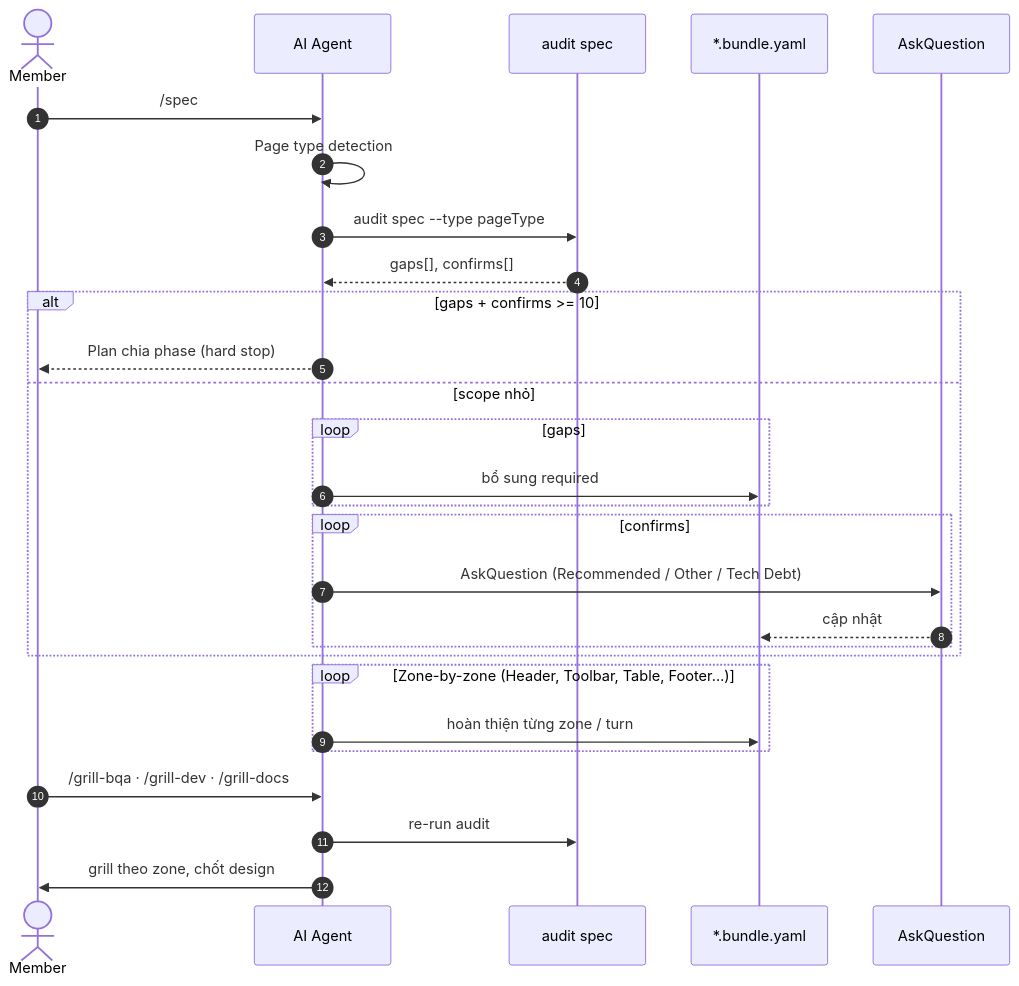
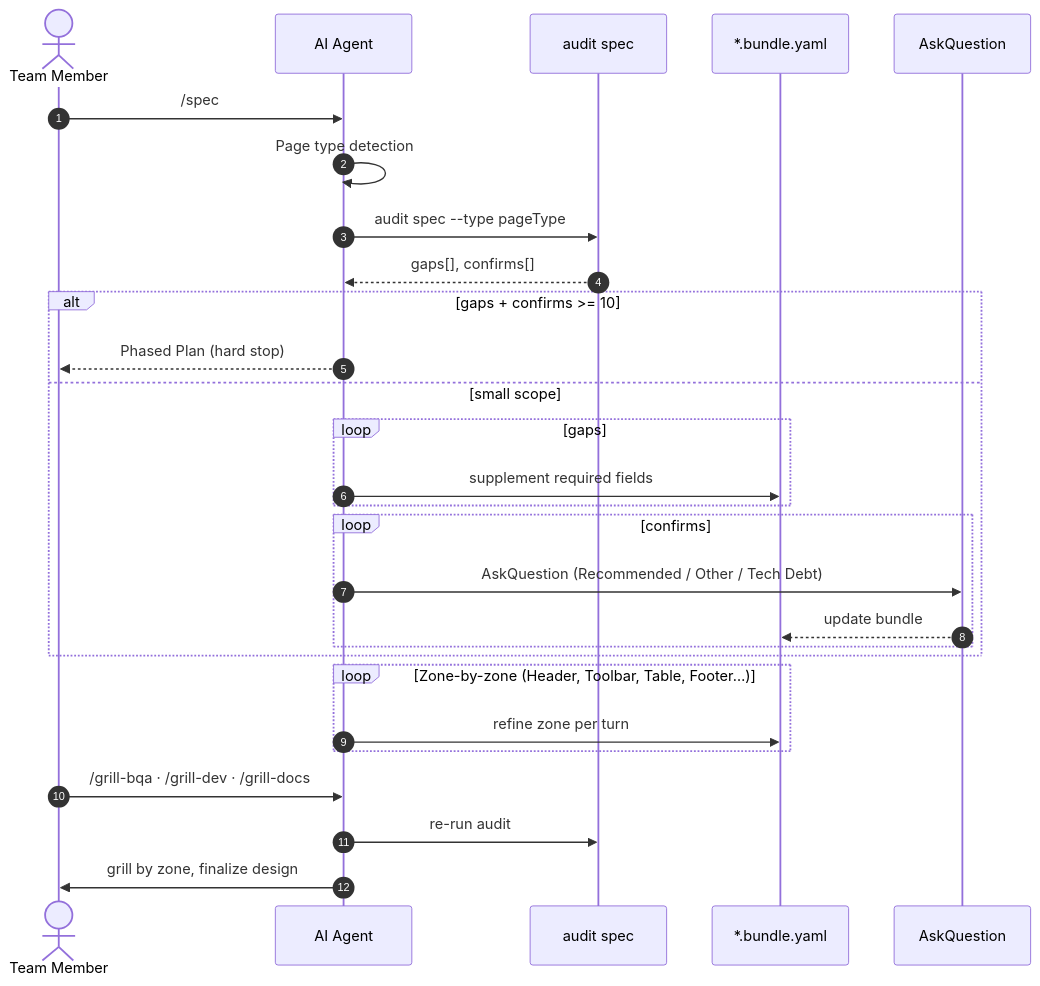
One commit to ShanYuCoder/flowgrid-docs changed the first of 3 diagrams in workflows/grill-and-human-review.md. Above: the diagram before and after it, drawn with Mermaid. The commit also changed other lines of this file and 348 other files, not shown here.

````diff
--- a/workflows/grill-and-human-review.md
+++ b/workflows/grill-and-human-review.md
@@ -70,34 +70,34 @@
 ```mermaid
 sequenceDiagram
     autonumber
-    actor Member as Member
+    actor Member as Team Member
     participant Agent as AI Agent
     participant Script as audit spec
     participant Bundle as *.bundle.yaml
     participant Wizard as AskQuestion
 
     Member->>Agent: /spec
     Agent->>Agent: Page type detection
     Agent->>Script: audit spec --type pageType
     Script-->>Agent: gaps[], confirms[]
 
     alt gaps + confirms >= 10
-        Agent-->>Member: Plan chia phase (hard stop)
-    else scope nhỏ
+        Agent-->>Member: Phased Plan (hard stop)
+    else small scope
         loop gaps
-            Agent->>Bundle: bổ sung required
+            Agent->>Bundle: supplement required fields
         end
         loop confirms
             Agent->>Wizard: AskQuestion (Recommended / Other / Tech Debt)
-            Wizard-->>Bundle: cập nhật
+            Wizard-->>Bundle: update bundle
         end
     end
 
     loop Zone-by-zone (Header, Toolbar, Table, Footer…)
-        Agent->>Bundle: hoàn thiện từng zone / turn
+        Agent->>Bundle: refine zone per turn
     end
 
     Member->>Agent: /grill-bqa · /grill-dev · /grill-docs
     Agent->>Script: re-run audit
-    Agent->>Member: grill theo zone, chốt design
+    Agent->>Member: grill by zone, finalize design
 ```
````
